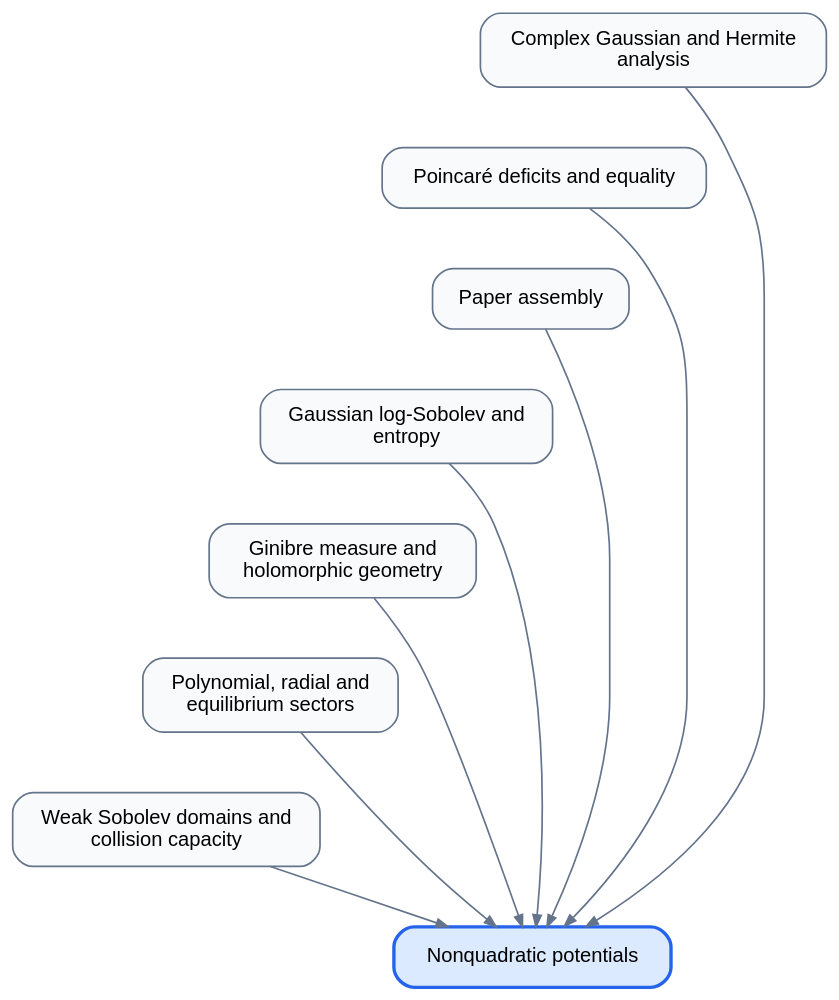
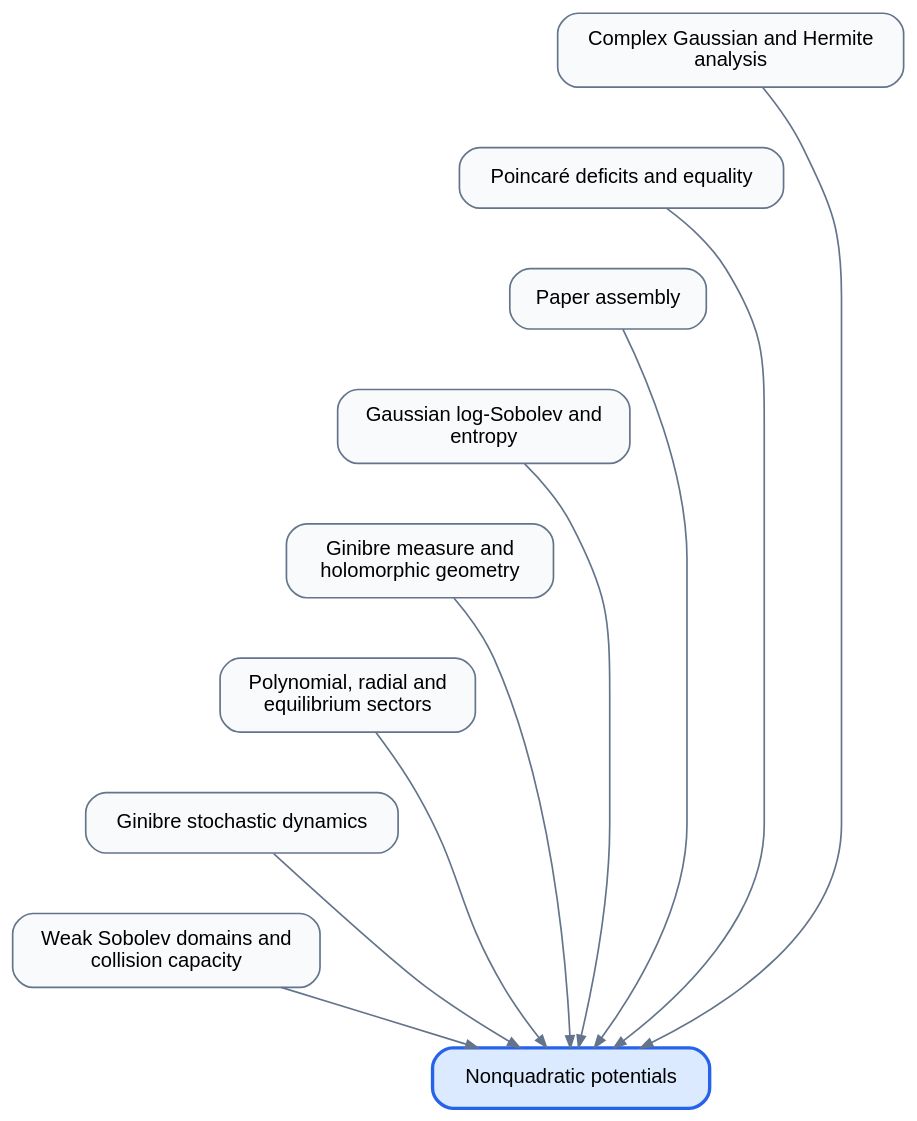
The diagram in diagrams/NonQuadratic.dot (djalilchafai/ginibre-poincare), drawn with Graphviz before and after one commit. The commit also changed 89 other files, not shown here.

```diff
--- a/diagrams/NonQuadratic.dot
+++ b/diagrams/NonQuadratic.dot
@@ -1,27 +1,30 @@
 digraph dependencies {
 rankdir=TB;
 graph [bgcolor="transparent", pad="0.3", nodesep="0.3"];
 node [shape=box, style="rounded,filled", fillcolor="#f8fafc", color="#64748b", fontname="sans-serif", fontsize=12, margin="0.18,0.12"];
 edge [color="#64748b", arrowsize=0.7];
 ComplexGaussianHermite [label="Complex Gaussian and Hermite\nanalysis"];
 DeficitsEquality [label="Poincaré deficits and equality"];
 Endgame [label="Paper assembly"];
 GaussianLSI [label="Gaussian log-Sobolev and\nentropy"];
 GinibreMeasureGeometry [label="Ginibre measure and\nholomorphic geometry"];
 PolynomialRadial [label="Polynomial, radial and\nequilibrium sectors"];
+StochasticDynamics [label="Ginibre stochastic dynamics"];
 WeakSobolev [label="Weak Sobolev domains and\ncollision capacity"];
 NonQuadratic [label="Nonquadratic potentials", fillcolor="#dbeafe", color="#2563eb", penwidth=2];
 ComplexGaussianHermite -> NonQuadratic;
 DeficitsEquality -> NonQuadratic;
 Endgame -> NonQuadratic;
 GaussianLSI -> NonQuadratic;
 GinibreMeasureGeometry -> NonQuadratic;
 PolynomialRadial -> NonQuadratic;
+StochasticDynamics -> NonQuadratic;
 WeakSobolev -> NonQuadratic;
 ComplexGaussianHermite -> DeficitsEquality [style=invis];
 DeficitsEquality -> Endgame [style=invis];
 Endgame -> GaussianLSI [style=invis];
 GaussianLSI -> GinibreMeasureGeometry [style=invis];
 GinibreMeasureGeometry -> PolynomialRadial [style=invis];
-PolynomialRadial -> WeakSobolev [style=invis];
+PolynomialRadial -> StochasticDynamics [style=invis];
+StochasticDynamics -> WeakSobolev [style=invis];
 }
```
